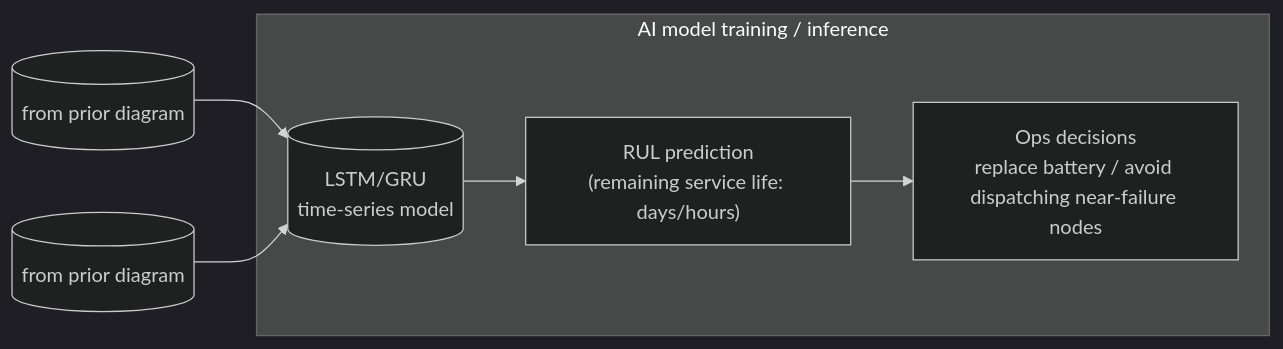
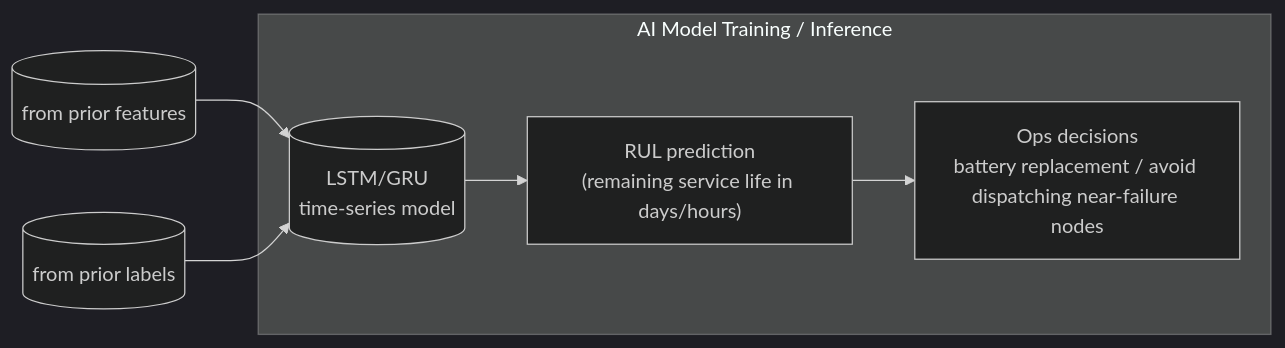
One commit to jshuo/ai-moea-proposal changed the fourth of 10 diagrams in proposal/AI-Application-Enhancement-Program-Proposal-Submission.md. Above: the diagram before and after it, drawn with Mermaid (dark theme). The commit also changed other lines of this file and 3 other files, not shown here.

````diff
--- a/proposal/AI-Application-Enhancement-Program-Proposal-Submission.md
+++ b/proposal/AI-Application-Enhancement-Program-Proposal-Submission.md
@@ -602,13 +608,13 @@
   ```mermaid
   flowchart LR
-    subgraph Model ["AI model training / inference"]
+    subgraph Model ["AI Model Training / Inference"]
       LSTM[("LSTM/GRU<br/>time-series model")]
-      PRED["RUL prediction<br/>(remaining service life: days/hours)"]
-      ALERT["Ops decisions<br/>replace battery / avoid dispatching near-failure nodes"]
+      PRED["RUL prediction<br/>(remaining service life in days/hours)"]
+      ALERT["Ops decisions<br/>battery replacement / avoid dispatching near-failure nodes"]
     end
 
-    LSTM_INPUT[(from prior diagram)] --> LSTM
-    LSTM_LABEL[(from prior diagram)] --> LSTM
+    LSTM_INPUT[(from prior features)] --> LSTM
+    LSTM_LABEL[(from prior labels)] --> LSTM
     LSTM --> PRED
     PRED --> ALERT
   ```
````
